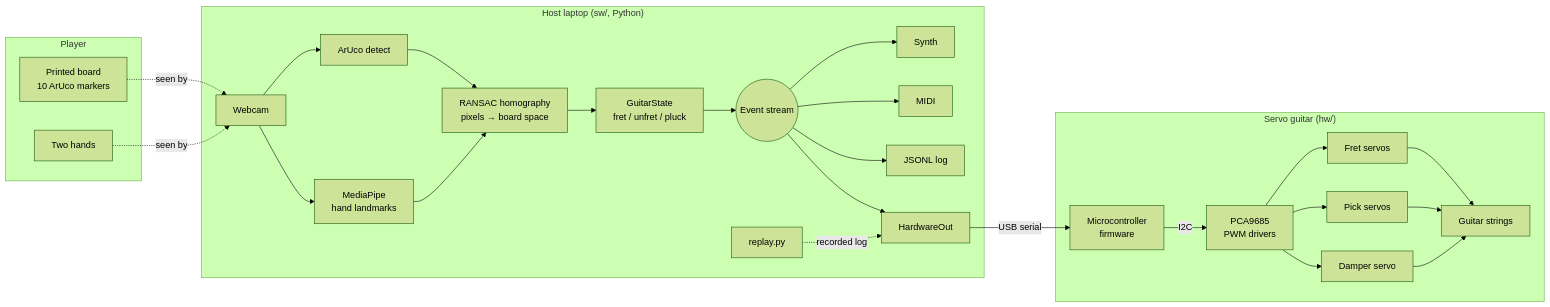
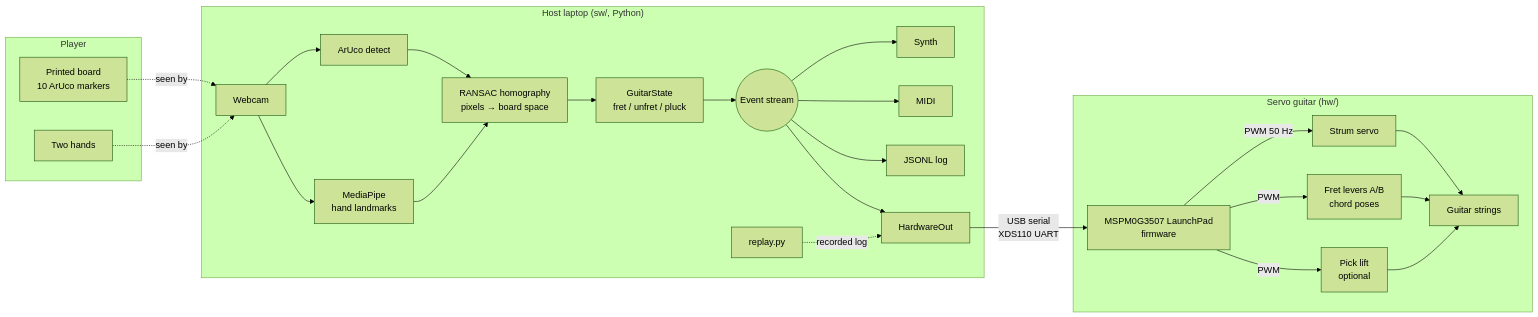
One commit to carlosdrojas/orpheus changed the first of 2 diagrams in docs/system-design.md. Above: the diagram before and after it, drawn with Mermaid (forest theme). The commit also changed other lines of this file and 1 other file, not shown here.

Commit message:
Design doc v2: adopt MSPM0 chord-pose servo rig (Kamsi's hardware scope)

````diff
--- a/docs/system-design.md
+++ b/docs/system-design.md
@@ -42,30 +46,29 @@
 ```mermaid
 flowchart LR
   subgraph Player
     board[Printed board<br/>10 ArUco markers]
     hands[Two hands]
   end
   subgraph Host["Host laptop (sw/, Python)"]
     cam[Webcam] --> mp[MediaPipe<br/>hand landmarks]
     cam --> ar[ArUco detect]
     ar --> H[RANSAC homography<br/>pixels → board space]
     mp --> H
     H --> gs[GuitarState<br/>fret / unfret / pluck]
     gs --> ev((Event stream))
     ev --> synth[Synth]
     ev --> midi[MIDI]
     ev --> log[JSONL log]
     ev --> hwo[HardwareOut]
     replay[replay.py] -.recorded log.-> hwo
   end
   subgraph Guitar["Servo guitar (hw/)"]
-    mcu[Microcontroller<br/>firmware] -->|I2C| pca[PCA9685<br/>PWM drivers]
-    pca --> fs[Fret servos]
-    pca --> ps[Pick servos]
-    pca --> ds[Damper servo]
-    fs & ps & ds --> strings[Guitar strings]
+    mcu[MSPM0G3507 LaunchPad<br/>firmware] -->|PWM 50 Hz| st[Strum servo]
+    mcu -->|PWM| fl[Fret levers A/B<br/>chord poses]
+    mcu -->|PWM| lift[Pick lift<br/>optional]
+    st & fl & lift --> strings[Guitar strings]
   end
   board -.seen by.-> cam
   hands -.seen by.-> cam
-  hwo -->|USB serial| mcu
+  hwo -->|USB serial<br/>XDS110 UART| mcu
 ```
````
